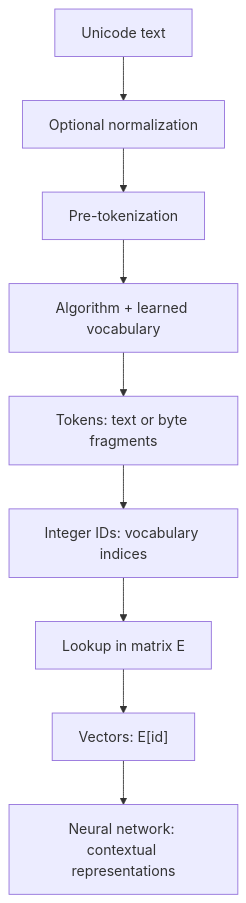
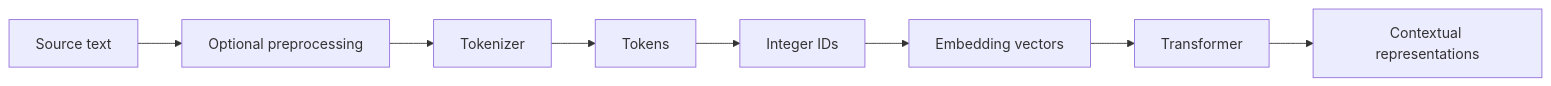
The diagram in site/en/text-data.qmd (JM-Brun/llm-lab), drawn with Mermaid before and after one commit. The commit also changed other lines of this file and 9 other files, not shown here.

First line of the commit message:
Reorganize text/tokenization pages without information loss (#128)

````diff
--- a/site/en/text-data.qmd
+++ b/site/en/text-data.qmd
@@ -85,11 +27,10 @@
 ```{mermaid}
-flowchart TD
-    A["Unicode text"] --> B["Optional normalization"]
-    B --> C["Pre-tokenization"]
-    C --> D["Algorithm + learned vocabulary"]
-    D --> E["Tokens: text or byte fragments"]
-    E --> F["Integer IDs: vocabulary indices"]
-    F --> G["Lookup in matrix E"]
-    G --> H["Vectors: E[id]"]
-    H --> I["Neural network: contextual representations"]
+flowchart LR
+    A["Source text"] --> B["Optional preprocessing"]
+    B --> C["Tokenizer"]
+    C --> D["Tokens"]
+    D --> E["Integer IDs"]
+    E --> F["Embedding vectors"]
+    F --> G["Transformer"]
+    G --> H["Contextual representations"]
 ```
````
